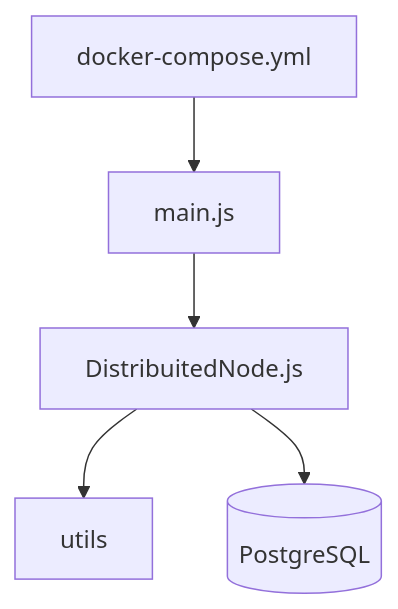
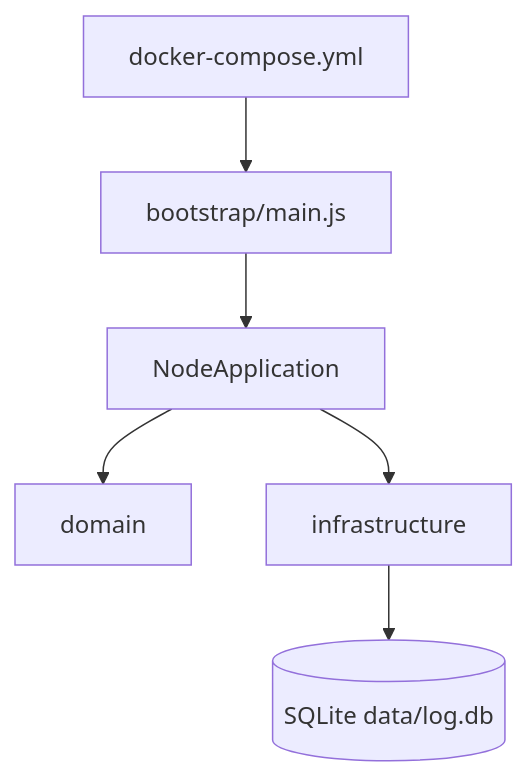
The diagram in docs/documentation/14_arquitetura_e_manutencao.md (GabrielFSSantos/ring-coordinator-lab), drawn with Mermaid before and after one commit. The commit also changed other lines of this file and 171 other files, not shown here.

First line of the commit message:
feat: storage HTTP, timeline global, lab-tail e LAN 8 nós

````diff
--- a/docs/documentation/14_arquitetura_e_manutencao.md
+++ b/docs/documentation/14_arquitetura_e_manutencao.md
@@ -19,12 +18,14 @@
 ```mermaid
 flowchart TD
   compose[docker-compose.yml]
-  main[main.js]
-  node[DistribuitedNode.js]
-  utils[utils]
-  pg[(PostgreSQL)]
-  compose --> main
-  main --> node
-  node --> utils
-  node --> pg
+  bootstrap[bootstrap/main.js]
+  app[NodeApplication]
+  domain[domain]
+  infra[infrastructure]
+  sqlite[(SQLite data/log.db)]
+  compose --> bootstrap
+  bootstrap --> app
+  app --> domain
+  app --> infra
+  infra --> sqlite
 ```
````
